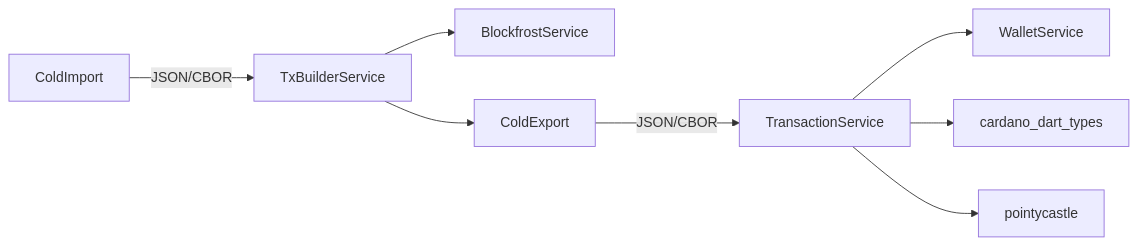
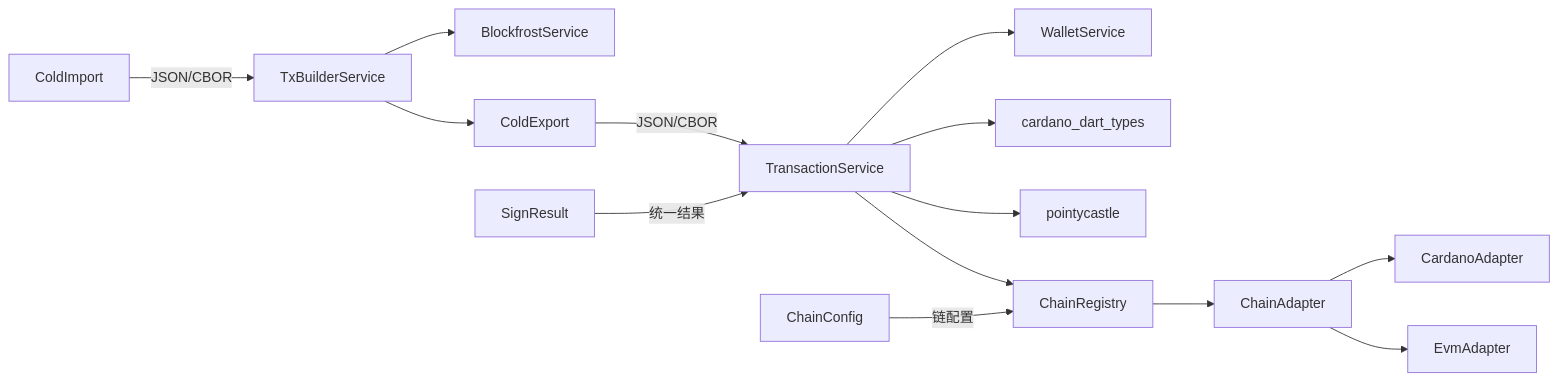
The seventh of 7 diagrams in .qoder/repowiki/zh/content/核心服务/交易处理服务.md (EqualToEthan/stasis), drawn with Mermaid before and after one commit. The commit also changed other lines of this file and 40 other files, not shown here.

````diff
--- a/.qoder/repowiki/zh/content/核心服务/交易处理服务.md
+++ b/.qoder/repowiki/zh/content/核心服务/交易处理服务.md
@@ -265,10 +389,16 @@
 ```mermaid
 graph LR
 A["TxBuilderService"] --> B["BlockfrostService"]
 A --> C["ColdExport"]
 D["TransactionService"] --> E["WalletService"]
 D --> F["cardano_dart_types"]
 D --> G["pointycastle"]
+D --> H["ChainRegistry"]
+H --> I["ChainAdapter"]
+I --> J["CardanoAdapter"]
+I --> K["EvmAdapter"]
 C -- "JSON/CBOR" --> D
-H["ColdImport"] -- "JSON/CBOR" --> A
+L["ColdImport"] -- "JSON/CBOR" --> A
+M["SignResult"] -- "统一结果" --> D
+N["ChainConfig"] -- "链配置" --> H
 ```
````
